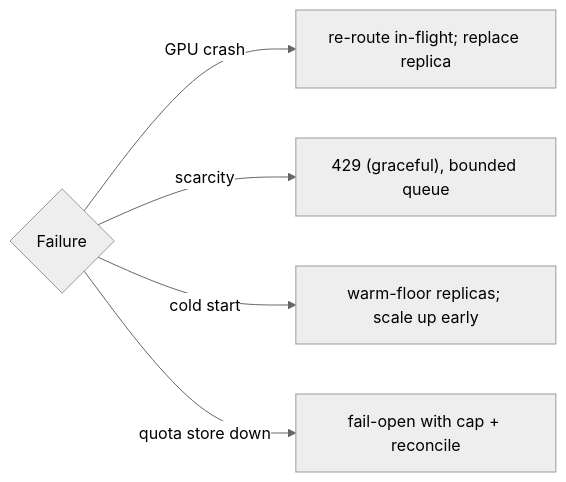
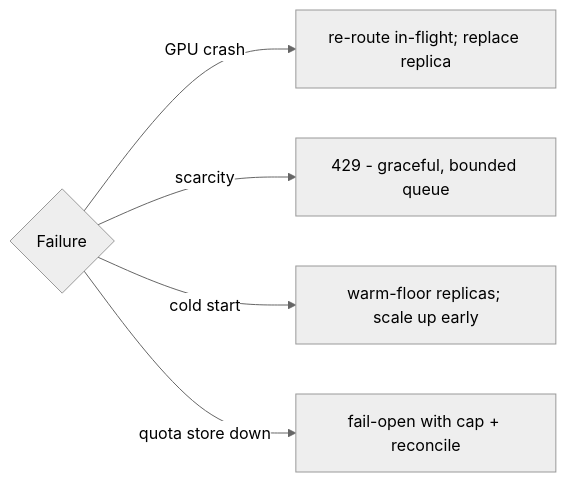
One commit to RIT-MESH/system-design-mastery changed the third of 4 diagrams in case-studies/extreme/llm-inference.md. Above: the diagram before and after it, drawn with Mermaid (neutral theme). The commit also changed other lines of this file and 139 other files, not shown here.

First line of the commit message:
Fix Mermaid parse errors: replace parentheses in node labels across 140 files

````diff
--- a/case-studies/extreme/llm-inference.md
+++ b/case-studies/extreme/llm-inference.md
@@ -167,9 +167,9 @@
 ```mermaid
 %% created-for: system-design-mastery
 flowchart LR
   F{"Failure"}
   F -->|"GPU crash"| Reroute["re-route in-flight; replace replica"]
-  F -->|"scarcity"| Four["429 (graceful), bounded queue"]
+  F -->|"scarcity"| Four["429 - graceful, bounded queue"]
   F -->|"cold start"| Floor["warm-floor replicas; scale up early"]
   F -->|"quota store down"| Open["fail-open with cap + reconcile"]
 ```
````
